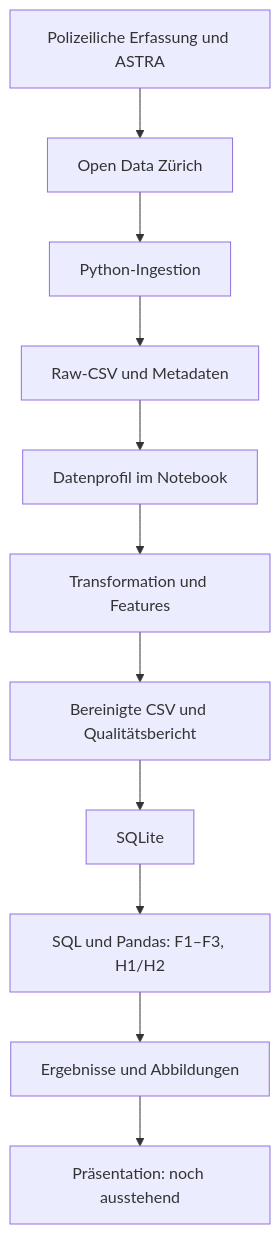
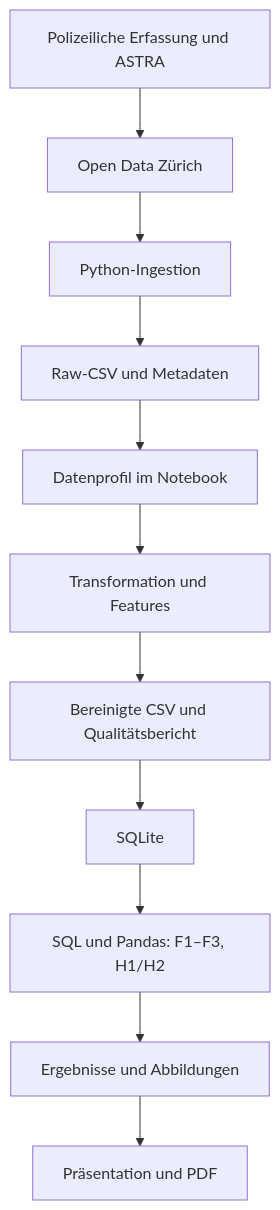
One commit to soutorub/de_projektarbeit_hs_2026_zhaw changed the diagram in README.md. Above: the diagram before and after it, drawn with Mermaid. The commit also changed other lines of this file and 14 other files, not shown here.

````diff
--- a/README.md
+++ b/README.md
@@ -120,13 +128,13 @@
 ```mermaid
 flowchart TD
     G[Polizeiliche Erfassung und ASTRA] --> O[Open Data Zürich]
     O --> I[Python-Ingestion]
     I --> R[Raw-CSV und Metadaten]
     R --> P[Datenprofil im Notebook]
     P --> T[Transformation und Features]
     T --> C[Bereinigte CSV und Qualitätsbericht]
     C --> D[SQLite]
     D --> A[SQL und Pandas: F1–F3, H1/H2]
     A --> E[Ergebnisse und Abbildungen]
-    E --> F[Präsentation: noch ausstehend]
+    E --> F[Präsentation und PDF]
 ```
````
